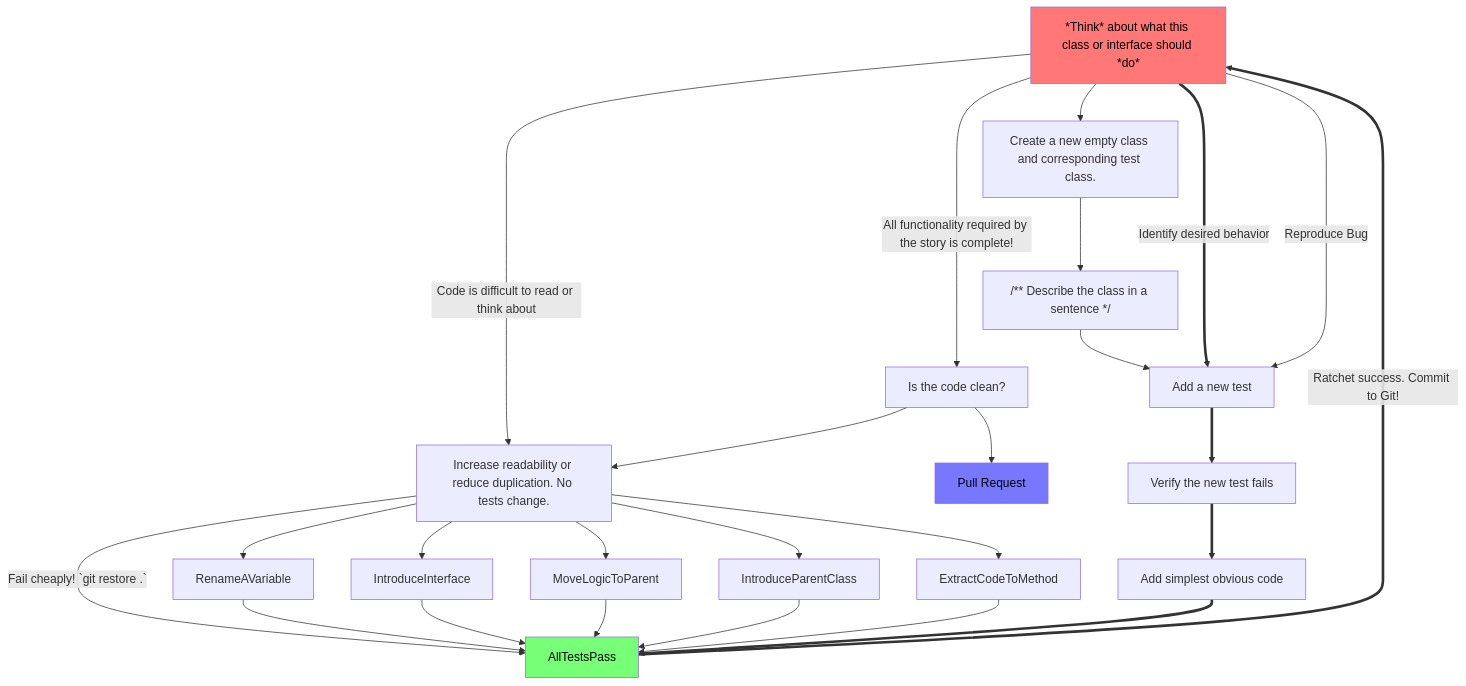
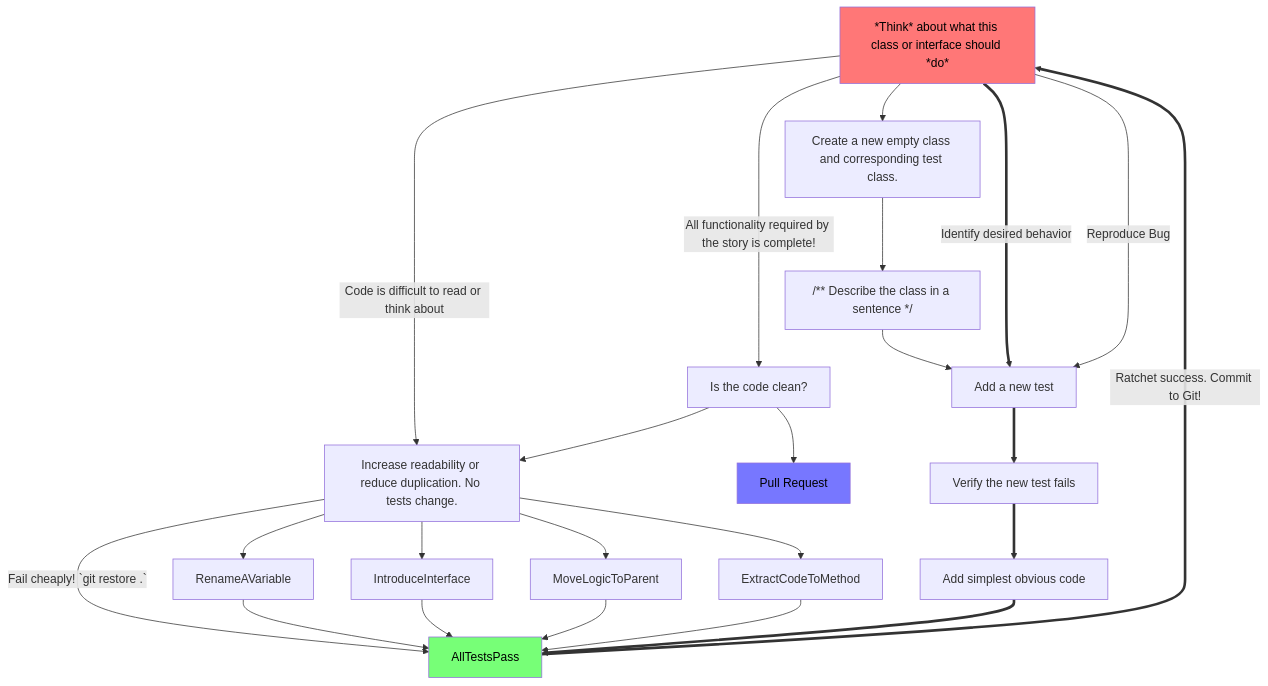
One commit to Billy-Spearman-WCCI/RaceCarExtension changed the third of 5 diagrams in README.md. Above: the diagram before and after it, drawn with Mermaid. The commit also changed other lines of this file and 1 other file, not shown here.

````diff
--- a/README.md
+++ b/README.md
@@ -909,33 +909,31 @@
 ```mermaid
 graph TB;
 Think-->|Code is difficult to read or think about|MakeImprovements["Increase readability or reduce duplication. No tests change."]
 classDef thinkStyle fill:#f77,color:#000
 classDef pullRequestStyle fill:#77F,color:#000
 classDef allTestsPassStyle fill:#7F7,color:#000
 class Think thinkStyle;
 Think-->CreateANewClass["Create a new empty class and corresponding test class."]
 CreateANewClass-->DescribeANewClass["/** Describe the class in a sentence */"]
 DescribeANewClass-->AddATestToAnExistingTestClass
 Think==>|Identify desired behavior|AddATestToAnExistingTestClass["Add a new test"]
 Think-->|Reproduce Bug|AddATestToAnExistingTestClass
 Think-->|"All functionality required by the story is complete!"|CodeDone["Is the code clean?"]
 CodeDone-->PullRequest["Pull Request"]
 class PullRequest pullRequestStyle;
 CodeDone-->MakeImprovements
 AddATestToAnExistingTestClass==>NewTestFails["Verify the new test fails"]
 AllTestsPass==>|"Ratchet success. Commit to Git!"|Think["*Think* about what this class or interface should *do*"]
 class AllTestsPass allTestsPassStyle;
 MakeImprovements-->|"Fail cheaply! `git restore .`"|AllTestsPass
 MakeImprovements-->RenameAVariable
 RenameAVariable-->AllTestsPass
 MakeImprovements-->IntroduceInterface
 IntroduceInterface-->AllTestsPass
 MakeImprovements-->MoveLogicToParent
 MoveLogicToParent-->AllTestsPass
-MakeImprovements-->IntroduceParentClass
-IntroduceParentClass-->AllTestsPass
 MakeImprovements-->ExtractCodeToMethod
 ExtractCodeToMethod-->AllTestsPass
 NewTestFails==>WriteCode["Add simplest obvious code"]
 WriteCode==>AllTestsPass
 ```
````
